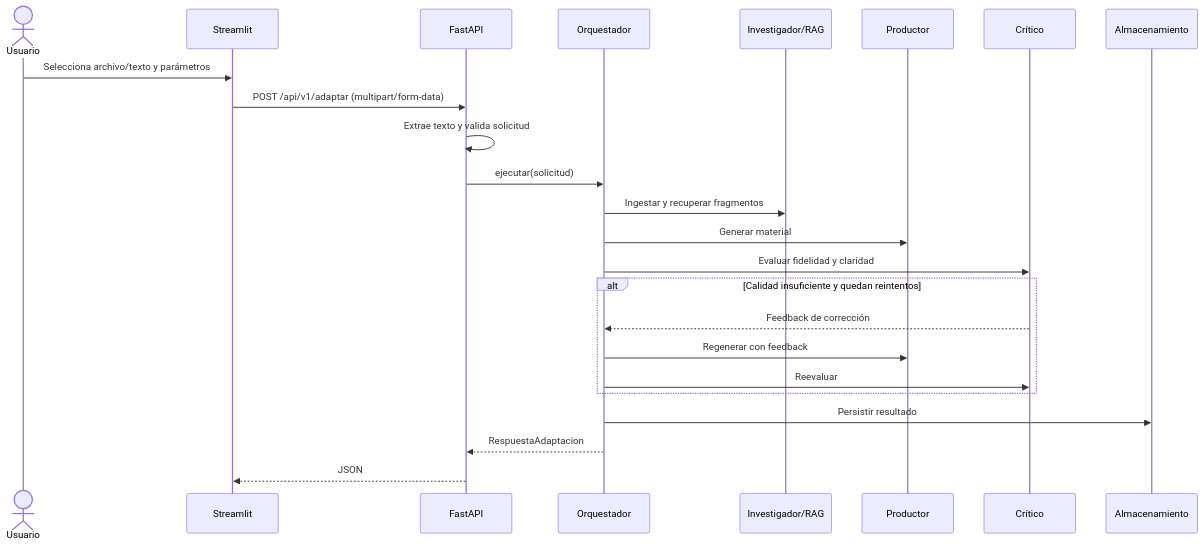
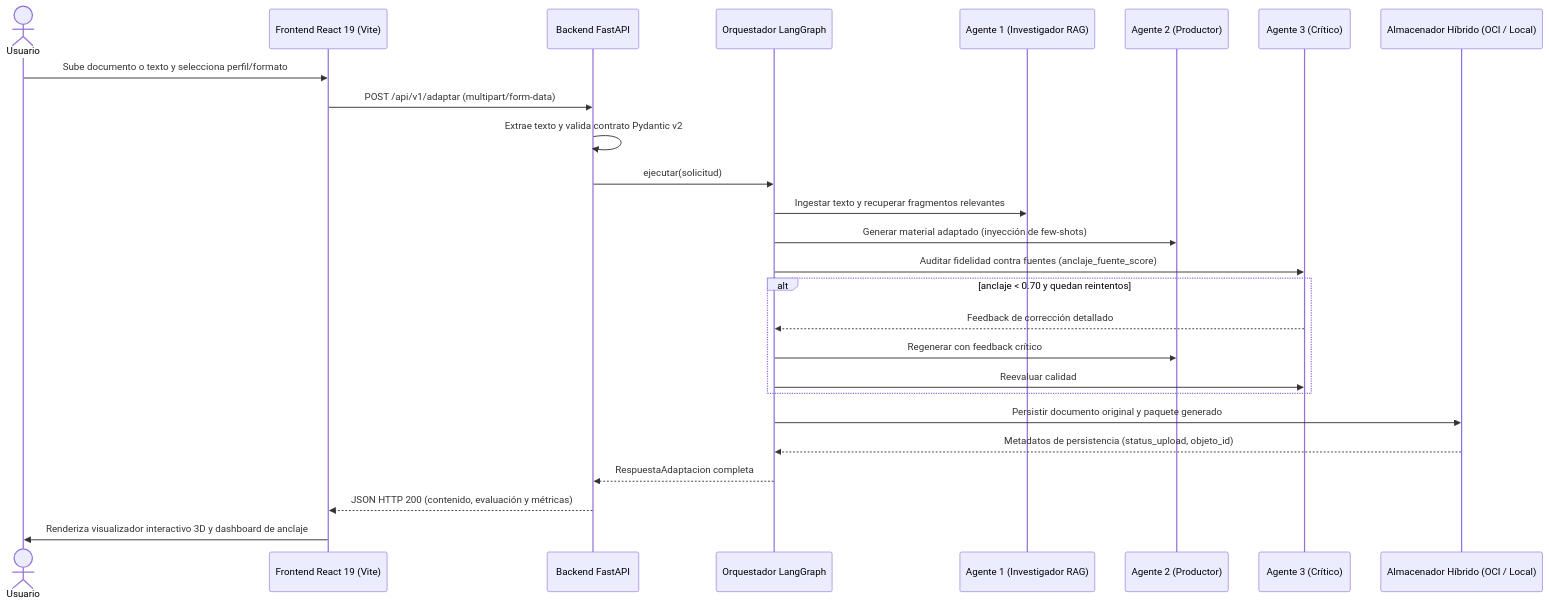
The second of 2 diagrams in backend/docs/ARCHITECTURE.md (No-Country-simulation/G10-LATAM-equipo10NovaMind), drawn with Mermaid before and after one commit. The commit also changed other lines of this file and 9 other files, not shown here.

Commit message:
docs(backend): sincronizar paquete completo de documentacion tecnica con el estado actual del proyecto (v2.0.0)

````diff
--- a/backend/docs/ARCHITECTURE.md
+++ b/backend/docs/ARCHITECTURE.md
@@ -41,26 +57,29 @@
 ```mermaid
 sequenceDiagram
   actor Usuario
-  participant UI as Streamlit
-  participant API as FastAPI
-  participant ORQ as Orquestador
-  participant RAG as Investigador/RAG
-  participant P as Productor
-  participant C as Crítico
-  participant S as Almacenamiento
-  Usuario->>UI: Selecciona archivo/texto y parámetros
+  participant UI as Frontend React 19 (Vite)
+  participant API as Backend FastAPI
+  participant ORQ as Orquestador LangGraph
+  participant RAG as Agente 1 (Investigador RAG)
+  participant P as Agente 2 (Productor)
+  participant C as Agente 3 (Crítico)
+  participant S as Almacenador Híbrido (OCI / Local)
+
+  Usuario->>UI: Sube documento o texto y selecciona perfil/formato
   UI->>API: POST /api/v1/adaptar (multipart/form-data)
-  API->>API: Extrae texto y valida solicitud
+  API->>API: Extrae texto y valida contrato Pydantic v2
   API->>ORQ: ejecutar(solicitud)
-  ORQ->>RAG: Ingestar y recuperar fragmentos
-  ORQ->>P: Generar material
-  ORQ->>C: Evaluar fidelidad y claridad
-  alt Calidad insuficiente y quedan reintentos
-    C-->>ORQ: Feedback de corrección
-    ORQ->>P: Regenerar con feedback
-    ORQ->>C: Reevaluar
+  ORQ->>RAG: Ingestar texto y recuperar fragmentos relevantes
+  ORQ->>P: Generar material adaptado (inyección de few-shots)
+  ORQ->>C: Auditar fidelidad contra fuentes (anclaje_fuente_score)
+  alt anclaje < 0.70 y quedan reintentos
+    C-->>ORQ: Feedback de corrección detallado
+    ORQ->>P: Regenerar con feedback crítico
+    ORQ->>C: Reevaluar calidad
   end
-  ORQ->>S: Persistir resultado
-  ORQ-->>API: RespuestaAdaptacion
-  API-->>UI: JSON
+  ORQ->>S: Persistir documento original y paquete generado
+  S-->>ORQ: Metadatos de persistencia (status_upload, objeto_id)
+  ORQ-->>API: RespuestaAdaptacion completa
+  API-->>UI: JSON HTTP 200 (contenido, evaluación y métricas)
+  UI->>Usuario: Renderiza visualizador interactivo 3D y dashboard de anclaje
 ```
````
